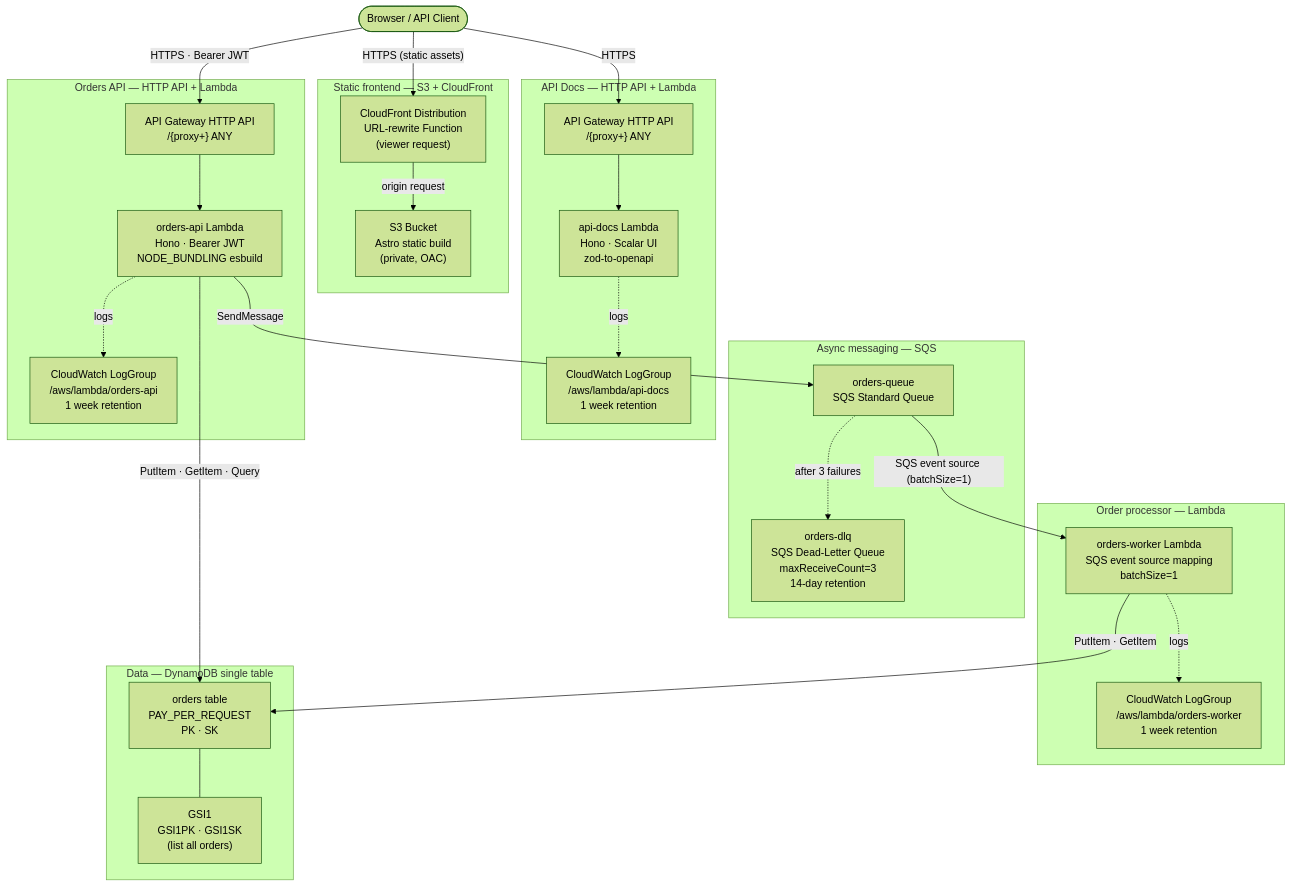
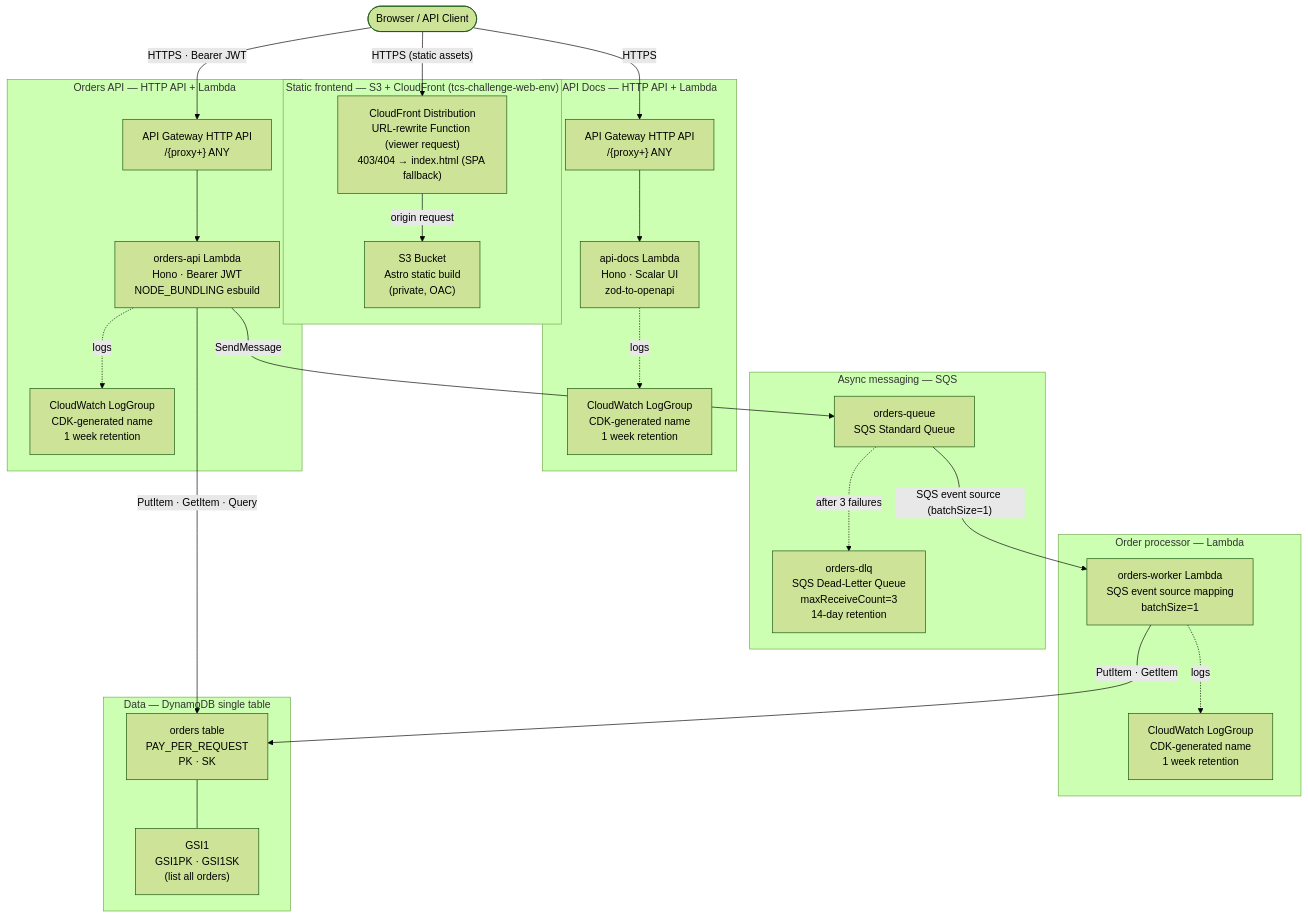
Before and after one commit to marcoshuaranga/tcs-challenge-for-backend: the first of 3 diagrams in docs/aws-infra.md, drawn with Mermaid (forest theme). The commit also changed other lines of this file and 13 other files, not shown here.

````diff
--- a/docs/aws-infra.md
+++ b/docs/aws-infra.md
@@ -10,54 +12,54 @@
 ```mermaid
 flowchart TB
   Browser(["Browser / API Client"])
 
-  subgraph CF_S3["Static frontend — S3 + CloudFront"]
-    CF["CloudFront Distribution\nURL-rewrite Function\n(viewer request)"]
+  subgraph CF_S3["Static frontend — S3 + CloudFront (tcs-challenge-web-env)"]
+    CF["CloudFront Distribution\nURL-rewrite Function (viewer request)\n403/404 → index.html (SPA fallback)"]
     S3["S3 Bucket\nAstro static build\n(private, OAC)"]
     CF -->|origin request| S3
   end
 
   subgraph Orders_API["Orders API — HTTP API + Lambda"]
     APIGW["API Gateway HTTP API\n/{proxy+} ANY"]
     ApiLambda["orders-api Lambda\nHono · Bearer JWT\nNODE_BUNDLING esbuild"]
-    ApiLog["CloudWatch LogGroup\n/aws/lambda/orders-api\n1 week retention"]
+    ApiLog["CloudWatch LogGroup\nCDK-generated name\n1 week retention"]
     APIGW --> ApiLambda
     ApiLambda -. logs .-> ApiLog
   end
 
   subgraph Docs_API["API Docs — HTTP API + Lambda"]
     APIGW_D["API Gateway HTTP API\n/{proxy+} ANY"]
     DocsLambda["api-docs Lambda\nHono · Scalar UI\nzod-to-openapi"]
-    DocsLog["CloudWatch LogGroup\n/aws/lambda/api-docs\n1 week retention"]
+    DocsLog["CloudWatch LogGroup\nCDK-generated name\n1 week retention"]
     APIGW_D --> DocsLambda
     DocsLambda -. logs .-> DocsLog
   end
 
   subgraph Messaging["Async messaging — SQS"]
     Queue["orders-queue\nSQS Standard Queue"]
     DLQ["orders-dlq\nSQS Dead-Letter Queue\nmaxReceiveCount=3\n14-day retention"]
     Queue -. "after 3 failures" .-> DLQ
   end
 
   subgraph Worker["Order processor — Lambda"]
     WorkerLambda["orders-worker Lambda\nSQS event source mapping\nbatchSize=1"]
-    WorkerLog["CloudWatch LogGroup\n/aws/lambda/orders-worker\n1 week retention"]
+    WorkerLog["CloudWatch LogGroup\nCDK-generated name\n1 week retention"]
     WorkerLambda -. logs .-> WorkerLog
   end
 
   subgraph Data["Data — DynamoDB single table"]
     DDB["orders table\nPAY_PER_REQUEST\nPK · SK"]
     GSI["GSI1\nGSI1PK · GSI1SK\n(list all orders)"]
     DDB --- GSI
   end
 
   Browser -->|"HTTPS (static assets)"| CF
   Browser -->|"HTTPS · Bearer JWT"| APIGW
   Browser -->|HTTPS| APIGW_D
 
   ApiLambda -->|"PutItem · GetItem · Query"| DDB
   ApiLambda -->|SendMessage| Queue
 
   Queue -->|"SQS event source (batchSize=1)"| WorkerLambda
   WorkerLambda -->|"PutItem · GetItem"| DDB
 ```
````
